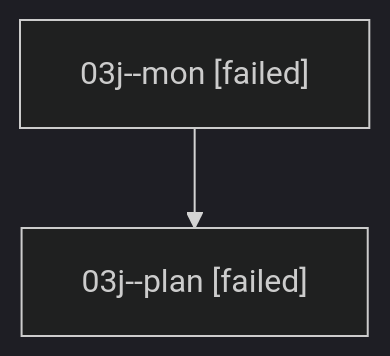
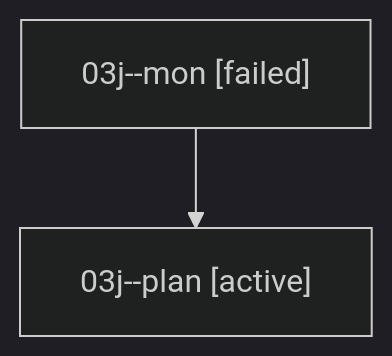
One commit to sase-org/sase--agents changed the diagram in families/bbugyi200.athena.03j.md. Above: the diagram before and after it, drawn with Mermaid (dark theme). The commit also changed other lines of this file and 35830 other files, not shown here.

````diff
--- a/families/bbugyi200.athena.03j.md
+++ b/families/bbugyi200.athena.03j.md
@@ -9,6 +9,6 @@
 ```mermaid
 flowchart TD
   n0["03j--mon [failed]"]
-  n1["03j--plan [failed]"]
+  n1["03j--plan [active]"]
   n0 --> n1
 ```
````
